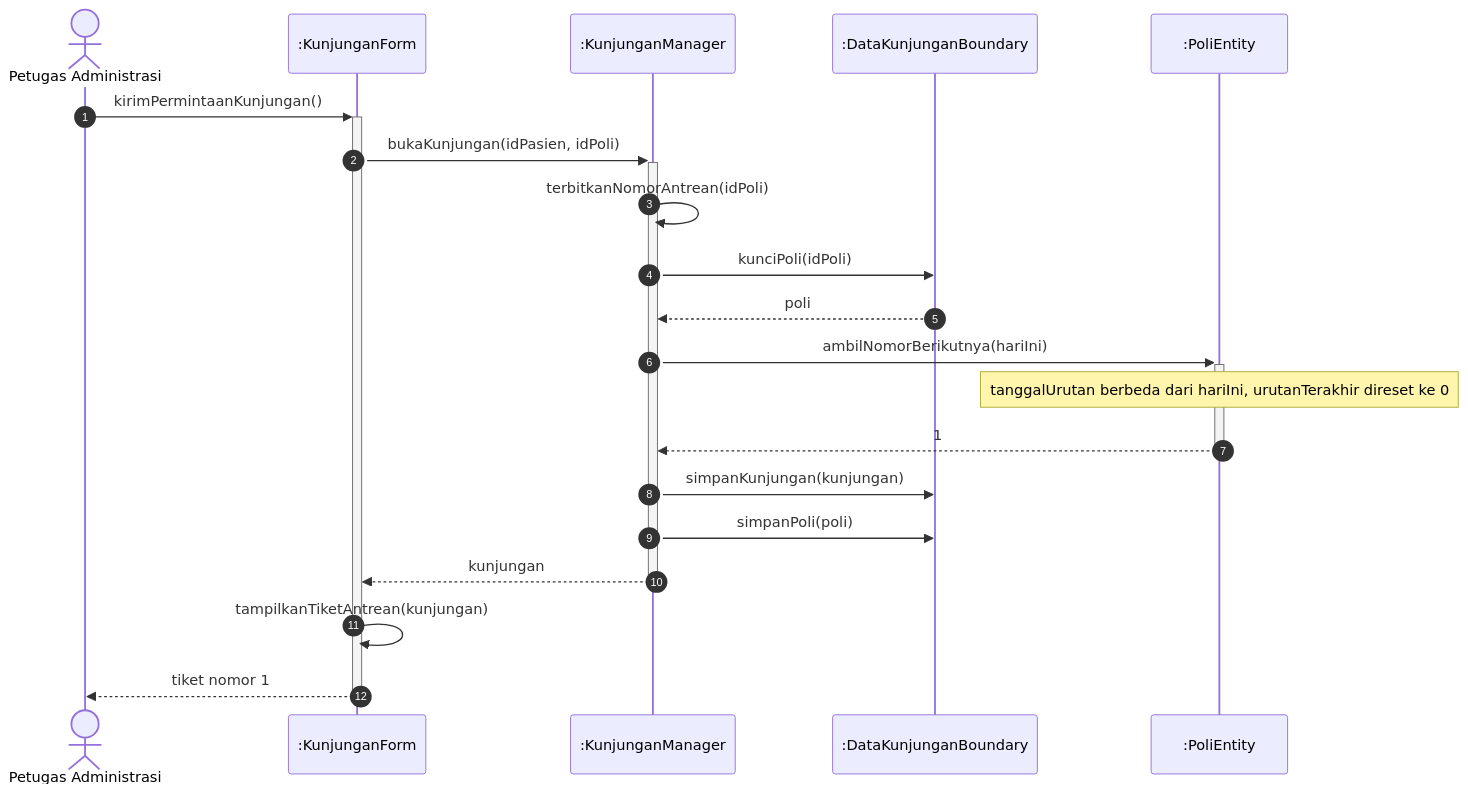
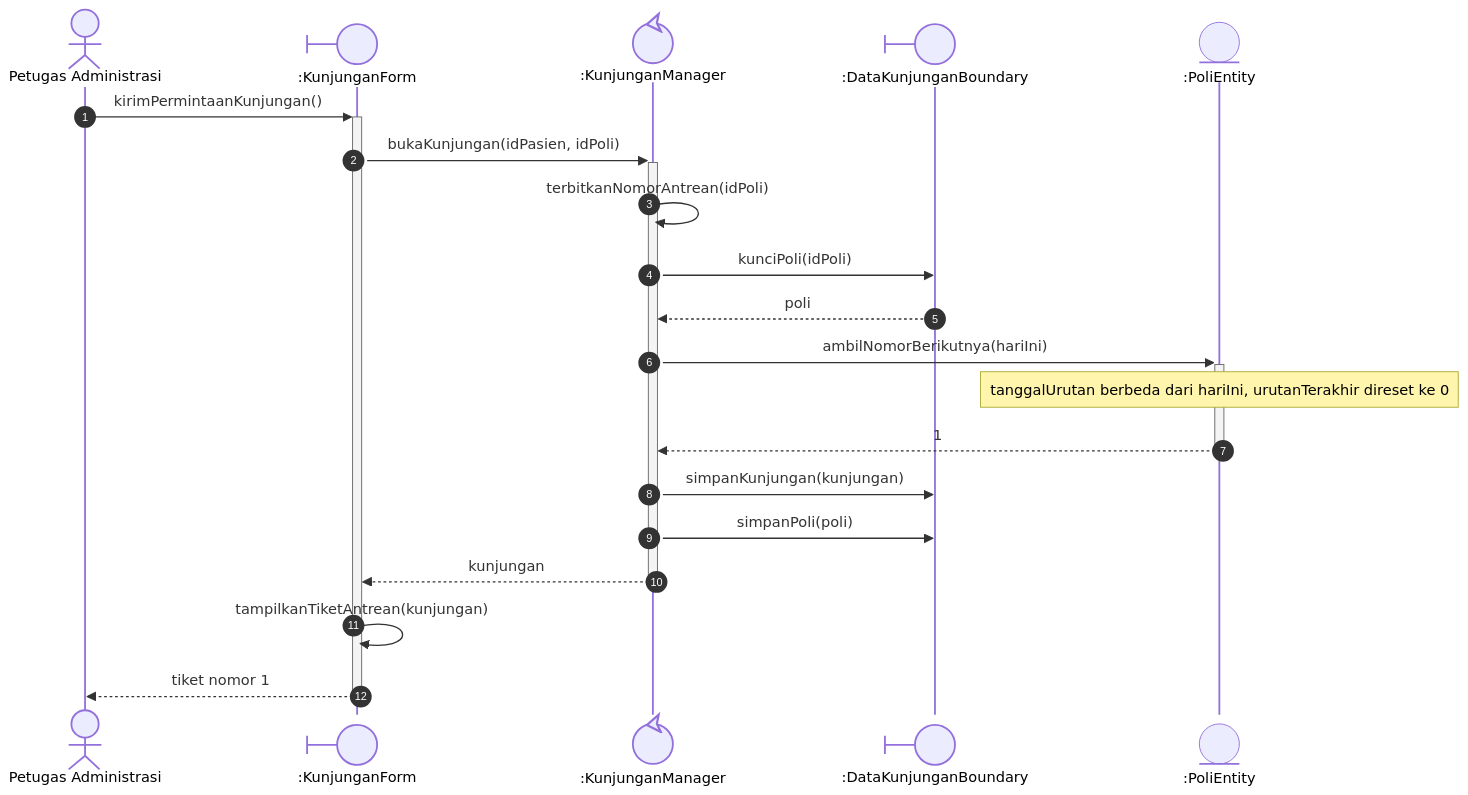
Before and after one commit to angseleong/IF2150-RPL-K02-G09: the diagram in docs/M7/assets/diagram/src/sequence-uc03-alt3.mmd, drawn with Mermaid. The commit also changed 59 other files, not shown here.

Commit message:
docs(m7): gambar ulang sequence UC01-UC06 dengan notasi BCE dan pangkas diagram kelas

```diff
--- a/docs/M7/assets/diagram/src/sequence-uc03-alt3.mmd
+++ b/docs/M7/assets/diagram/src/sequence-uc03-alt3.mmd
@@ -1,20 +1,20 @@
 sequenceDiagram
   autonumber
   actor A as Petugas Administrasi
-  participant KunjunganForm as :KunjunganForm
-  participant KunjunganManager as :KunjunganManager
-  participant DataKunjunganBoundary as :DataKunjunganBoundary
-  participant PoliEntity as :PoliEntity
+  participant KunjunganForm@{ "type": "boundary" } as :KunjunganForm
+  participant KunjunganManager@{ "type": "control" } as :KunjunganManager
+  participant DataKunjunganBoundary@{ "type": "boundary" } as :DataKunjunganBoundary
+  participant PoliEntity@{ "type": "entity" } as :PoliEntity
   A->>+KunjunganForm: kirimPermintaanKunjungan()
   KunjunganForm->>+KunjunganManager: bukaKunjungan(idPasien, idPoli)
   KunjunganManager->>KunjunganManager: terbitkanNomorAntrean(idPoli)
   KunjunganManager->>DataKunjunganBoundary: kunciPoli(idPoli)
   DataKunjunganBoundary-->>KunjunganManager: poli
   KunjunganManager->>+PoliEntity: ambilNomorBerikutnya(hariIni)
   Note over PoliEntity: tanggalUrutan berbeda dari hariIni, urutanTerakhir direset ke 0
   PoliEntity-->>-KunjunganManager: 1
   KunjunganManager->>DataKunjunganBoundary: simpanKunjungan(kunjungan)
   KunjunganManager->>DataKunjunganBoundary: simpanPoli(poli)
   KunjunganManager-->>-KunjunganForm: kunjungan
   KunjunganForm->>KunjunganForm: tampilkanTiketAntrean(kunjungan)
   KunjunganForm-->>-A: tiket nomor 1
```
